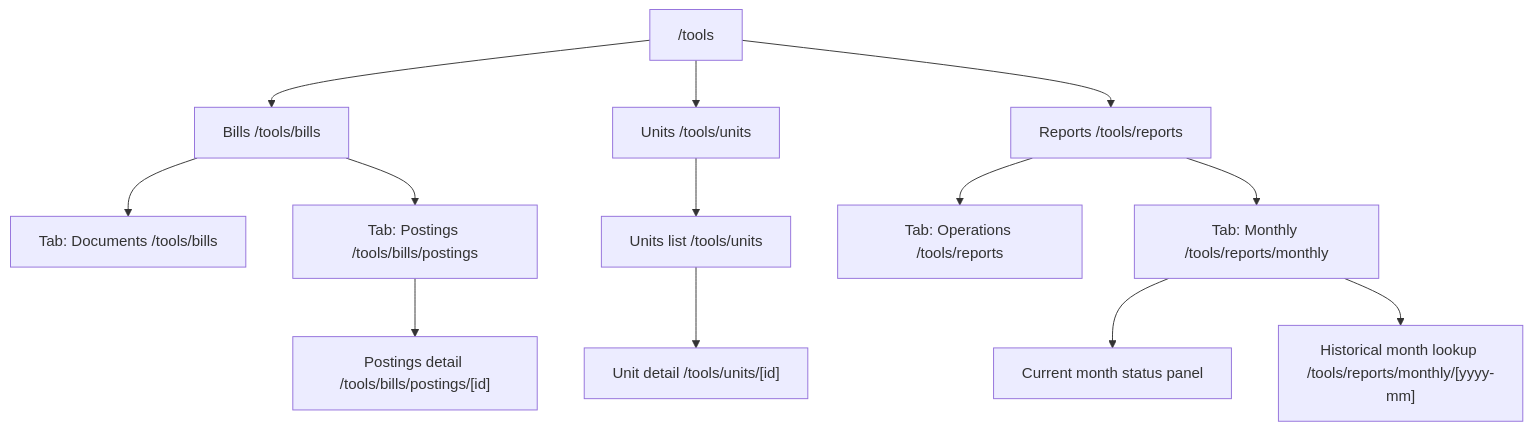
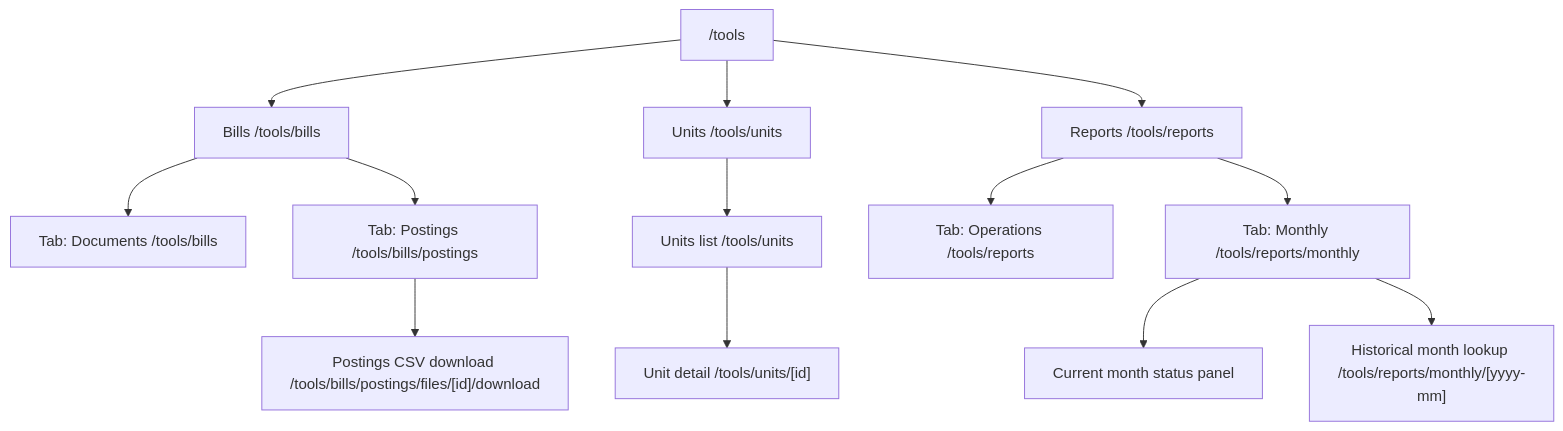
The diagram in docs/guides/tools-information-architecture.md (zethdubois/kickstaff), drawn with Mermaid before and after one commit. The commit also changed 3 other files, not shown here.

````diff
--- a/docs/guides/tools-information-architecture.md
+++ b/docs/guides/tools-information-architecture.md
@@ -7,19 +7,19 @@
 ```mermaid
 flowchart TD
     Tools["/tools"]
     Tools --> Bills["Bills /tools/bills"]
     Tools --> Units["Units /tools/units"]
     Tools --> Reports["Reports /tools/reports"]
 
     Bills --> B1["Tab: Documents /tools/bills"]
     Bills --> B2["Tab: Postings /tools/bills/postings"]
-    B2 --> B2a["Postings detail /tools/bills/postings/[id]"]
+    B2 --> B2a["Postings CSV download /tools/bills/postings/files/[id]/download"]
 
     Units --> U1["Units list /tools/units"]
     U1 --> U2["Unit detail /tools/units/[id]"]
 
     Reports --> R1["Tab: Operations /tools/reports"]
     Reports --> R2["Tab: Monthly /tools/reports/monthly"]
     R2 --> R2a["Current month status panel"]
     R2 --> R2b["Historical month lookup /tools/reports/monthly/[yyyy-mm]"]
 ```
````
